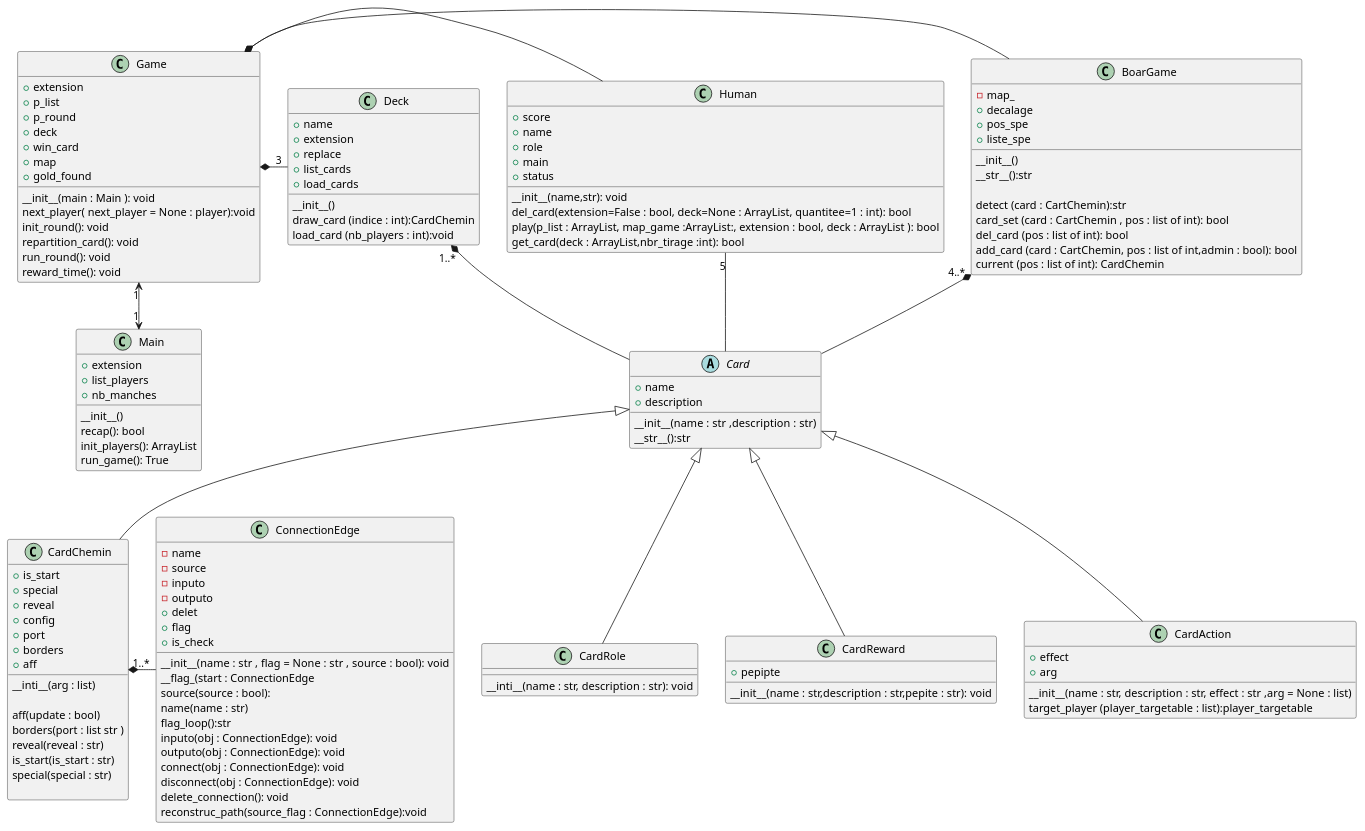
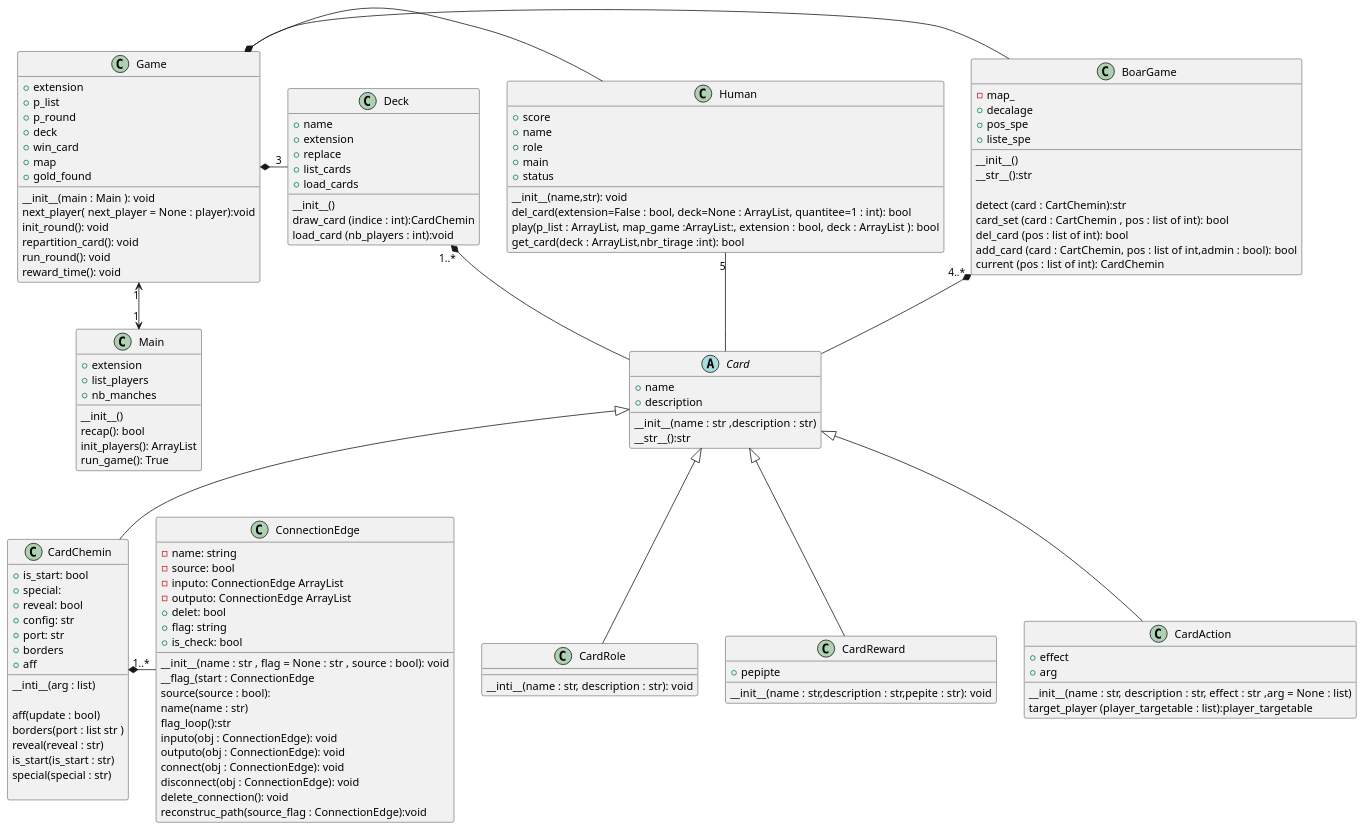
Before and after one commit to CocoLng/Kathon: the diagram in Saboteur.puml, drawn with PlantUML. The commit also changed 2 other files, not shown here.

```diff
--- a/Saboteur.puml
+++ b/Saboteur.puml
@@ -1,163 +1,163 @@
 @startuml
 'https://plantuml.com/class-diagram
 class Main {
 +extension
 +list_players
 +nb_manches
 __
 __init__()
 recap(): bool
 init_players(): ArrayList
 run_game(): True
 }
 
 Game "1" <-->  "1" Main
 
 class Game{
 +extension
 +p_list
 +p_round
 +deck
 +win_card
 +map
 +gold_found
 __
 __init__(main : Main ): void
 next_player( next_player = None : player):void
 init_round(): void
 repartition_card(): void
 run_round(): void
 reward_time(): void
 }
 
 Game *- BoarGame
 Game *- Human
 Game *- "3" Deck
 
 
 
 class BoarGame{
 -map_
 +decalage
 +pos_spe
 +liste_spe
 __
 __init__()
 __str__():str
 
 detect (card : CartChemin):str
 card_set (card : CartChemin , pos : list of int): bool
 del_card (pos : list of int): bool
 add_card (card : CartChemin, pos : list of int,admin : bool): bool
 current (pos : list of int): CardChemin
 }
 BoarGame "4..*" *-- Card
 
 class Human{
 +score
 +name
 +role
 +main
 +status
 __
 __init__(name,str): void
 del_card(extension=False : bool, deck=None : ArrayList, quantitee=1 : int): bool
 play(p_list : ArrayList, map_game :ArrayList:, extension : bool, deck : ArrayList ): bool
 get_card(deck : ArrayList,nbr_tirage :int): bool
 }
 Human"5" -- Card
 
 
 class Deck{
 +name
 +extension
 +replace
 +list_cards
 +load_cards
 __
 __init__()
 draw_card (indice : int):CardChemin
 load_card (nb_players : int):void
 }
 Deck "1..*" *-- Card
 
 
 
 abstract class Card{
 +name
 +description
 __
 __init__(name :  str ,description : str)
 __str__():str
 }
 
 Card <|-- CardChemin
 Card <|-- CardRole
 Card <|-- CardReward
 Card <|-- CardAction
 
 class CardRole{
 __
 __inti__(name : str, description : str): void
 }
 
 class CardReward{
 +pepipte
 __
 __init__(name : str,description : str,pepite : str): void
 }
 
 class CardAction{
 +effect
 +arg
 __
 __init__(name : str, description : str, effect : str ,arg = None : list)
 target_player (player_targetable : list):player_targetable
 }
 
 
 
 class CardChemin{
-+is_start
-+special
-+reveal
-+config
-+port
++is_start: bool
++special:
++reveal: bool
++config: str
++port: str
 +borders
 +aff
 __
 __inti__(arg : list)
 
 aff(update : bool)
 borders(port : list str )
 reveal(reveal : str)
 is_start(is_start : str)
 special(special : str)
 
 }
 CardChemin"1..*" *- ConnectionEdge
 
 
 
 class ConnectionEdge{
--name
--source
--inputo
--outputo
-+delet
-+flag
-+is_check
+-name: string
+-source: bool
+-inputo: ConnectionEdge ArrayList
+-outputo: ConnectionEdge ArrayList
++delet: bool
++flag: string
++is_check: bool
 __
 __init__(name :  str , flag = None : str , source : bool): void
 __flag_(start : ConnectionEdge
 source(source : bool):
 name(name : str)
 flag_loop():str
 inputo(obj : ConnectionEdge): void
 outputo(obj : ConnectionEdge): void
 connect(obj : ConnectionEdge): void
 disconnect(obj : ConnectionEdge): void
 delete_connection(): void
 reconstruc_path(source_flag : ConnectionEdge):void
 }
 @enduml
```
